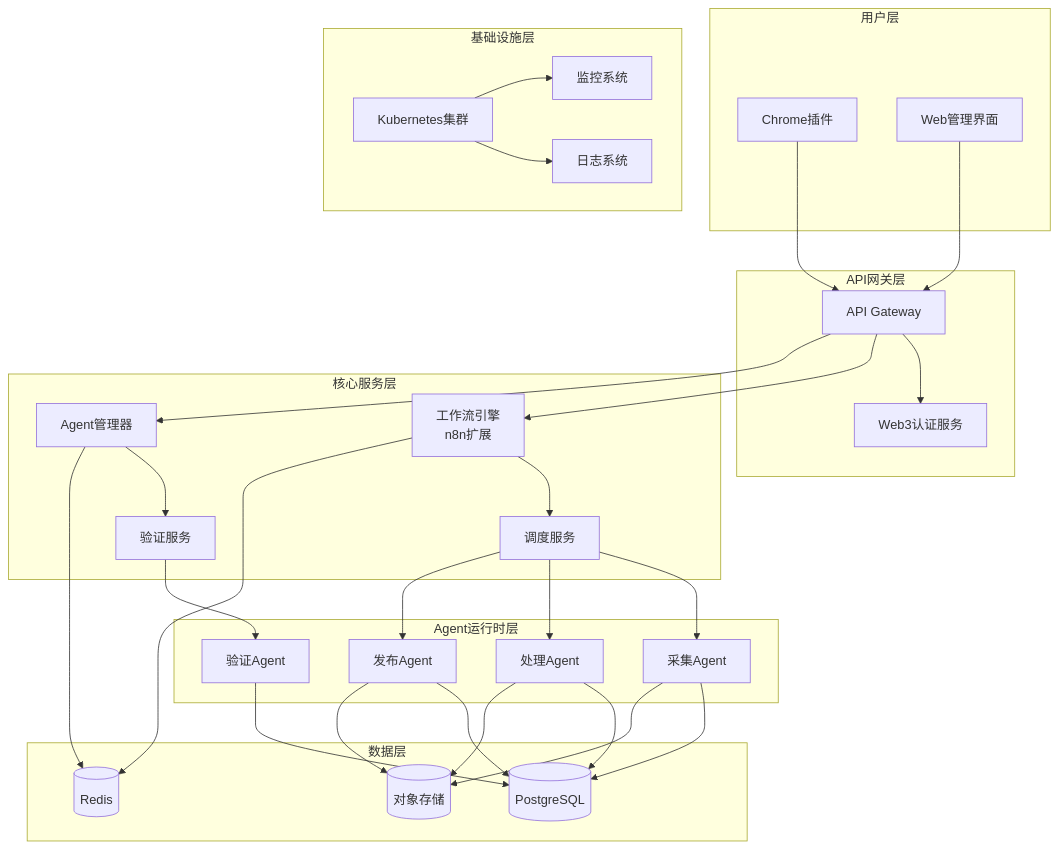
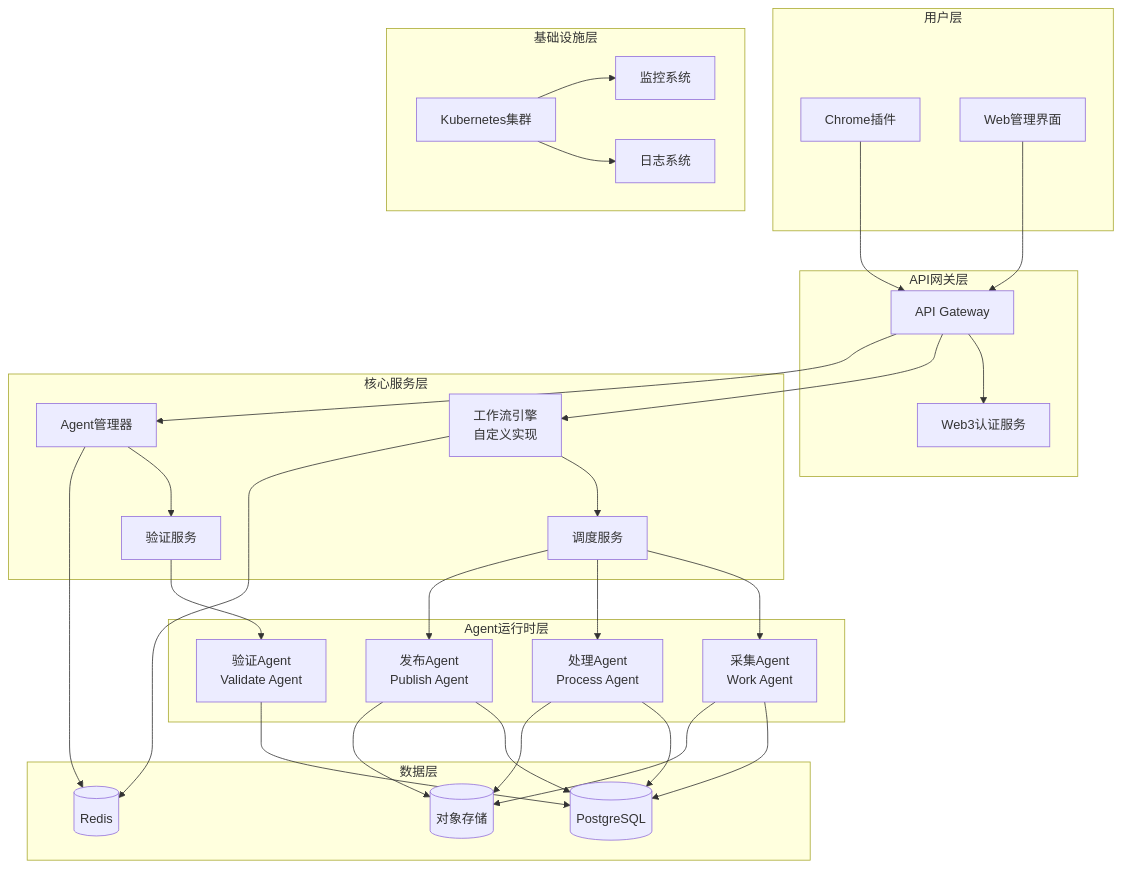
The diagram in .kiro/specs/multi-agent-platform/design.md (arunisean/robots), drawn with Mermaid before and after one commit. The commit also changed other lines of this file and 8 other files, not shown here.

````diff
--- a/.kiro/specs/multi-agent-platform/design.md
+++ b/.kiro/specs/multi-agent-platform/design.md
@@ -11,61 +11,61 @@
 ```mermaid
 graph TB
     subgraph "用户层"
         CP[Chrome插件]
         WEB[Web管理界面]
     end
     
     subgraph "API网关层"
         GW[API Gateway]
         AUTH[Web3认证服务]
     end
     
     subgraph "核心服务层"
-        WF[工作流引擎<br/>n8n扩展]
+        WF[工作流引擎<br/>自定义实现]
         AM[Agent管理器]
         VS[验证服务]
         SCH[调度服务]
     end
     
     subgraph "Agent运行时层"
-        CA[采集Agent]
-        PA[处理Agent]
-        PUB[发布Agent]
-        VA[验证Agent]
+        CA[采集Agent<br/>Work Agent]
+        PA[处理Agent<br/>Process Agent]
+        PUB[发布Agent<br/>Publish Agent]
+        VA[验证Agent<br/>Validate Agent]
     end
     
     subgraph "数据层"
         PG[(PostgreSQL)]
         RD[(Redis)]
         S3[(对象存储)]
     end
     
     subgraph "基础设施层"
         K8S[Kubernetes集群]
         MON[监控系统]
         LOG[日志系统]
     end
     
     CP --> GW
     WEB --> GW
     GW --> AUTH
     GW --> WF
     GW --> AM
     WF --> SCH
     AM --> VS
     SCH --> CA
     SCH --> PA
     SCH --> PUB
     VS --> VA
     CA --> PG
     PA --> PG
     PUB --> PG
     VA --> PG
     WF --> RD
     AM --> RD
     CA --> S3
     PA --> S3
     PUB --> S3
     K8S --> MON
     K8S --> LOG
 ```
````
